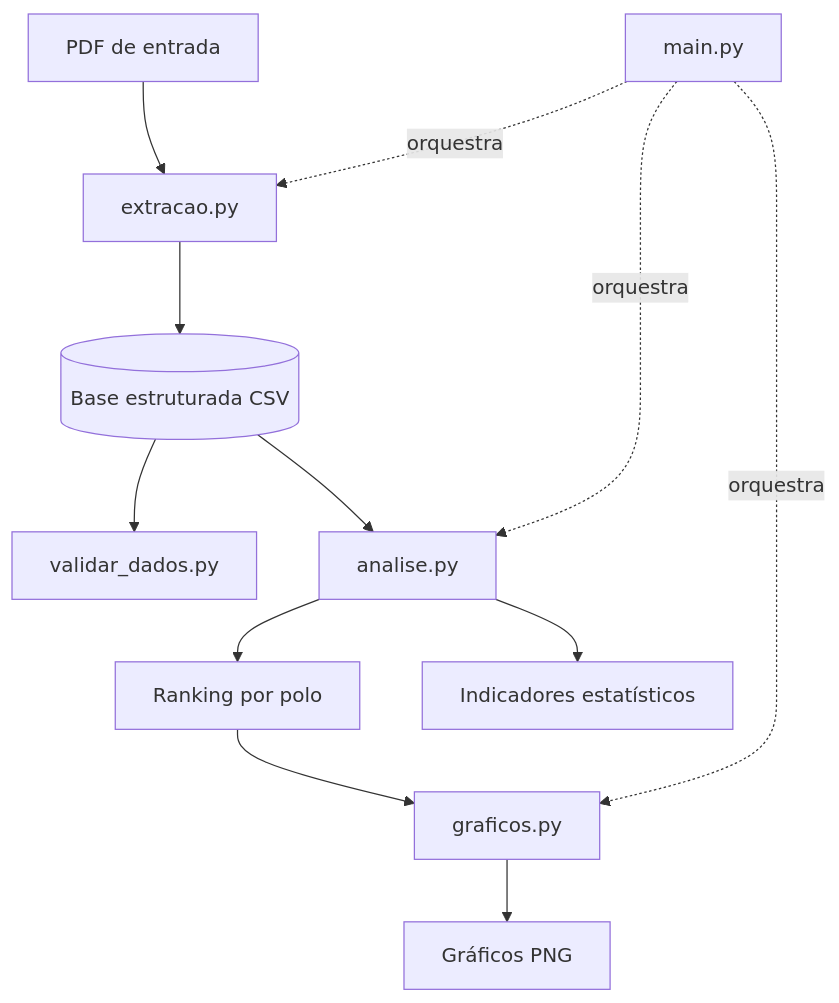
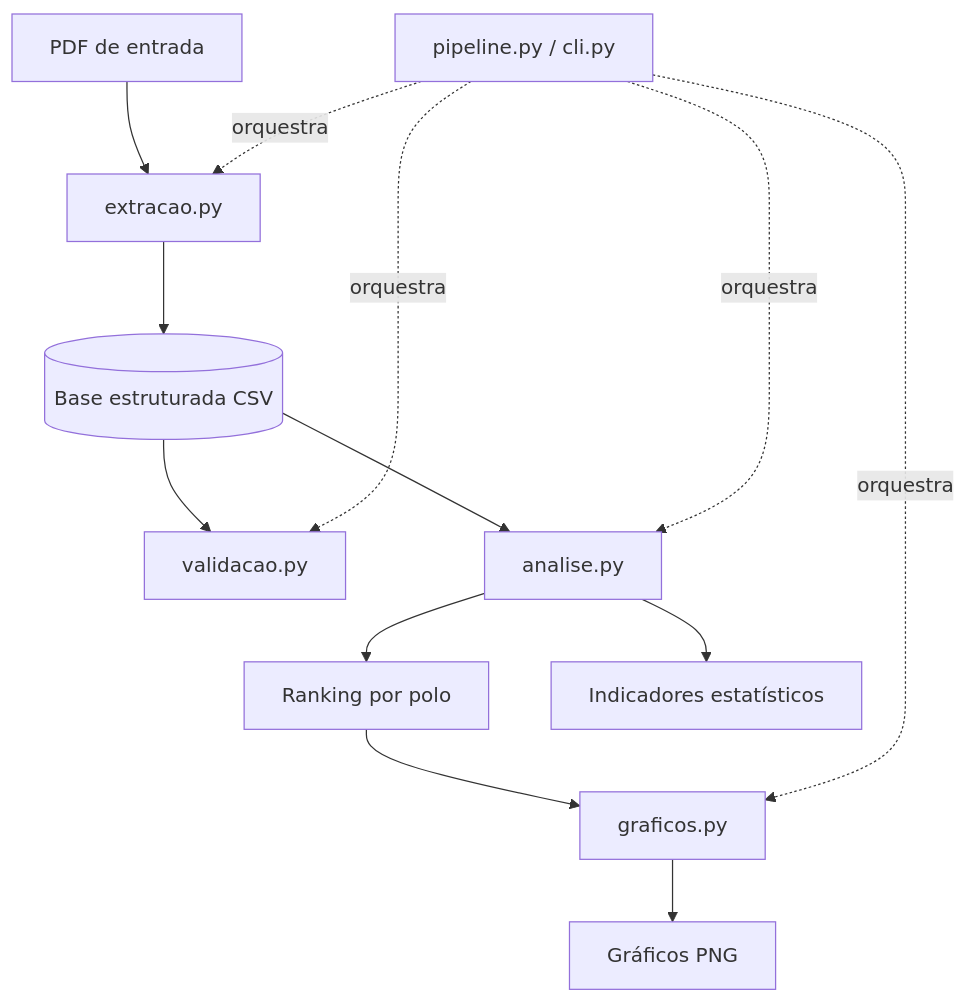
The diagram in README.md (pedrombz/analise-inscricoes-ifce), drawn with Mermaid before and after one commit. The commit also changed other lines of this file and 34 other files, not shown here.

````diff
--- a/README.md
+++ b/README.md
@@ -70,14 +77,15 @@
-``` mermaid
+```mermaid
 flowchart TD
     A[PDF de entrada] --> B[extracao.py]
     B --> C[(Base estruturada CSV)]
-    C --> D[validar_dados.py]
+    C --> D[validacao.py]
     C --> E[analise.py]
     E --> F[Ranking por polo]
     E --> G[Indicadores estatísticos]
     F --> H[graficos.py]
     H --> I[Gráficos PNG]
-    J[main.py] -. orquestra .-> B
+    J[pipeline.py / cli.py] -. orquestra .-> B
+    J -. orquestra .-> D
     J -. orquestra .-> E
     J -. orquestra .-> H
 ```
````
